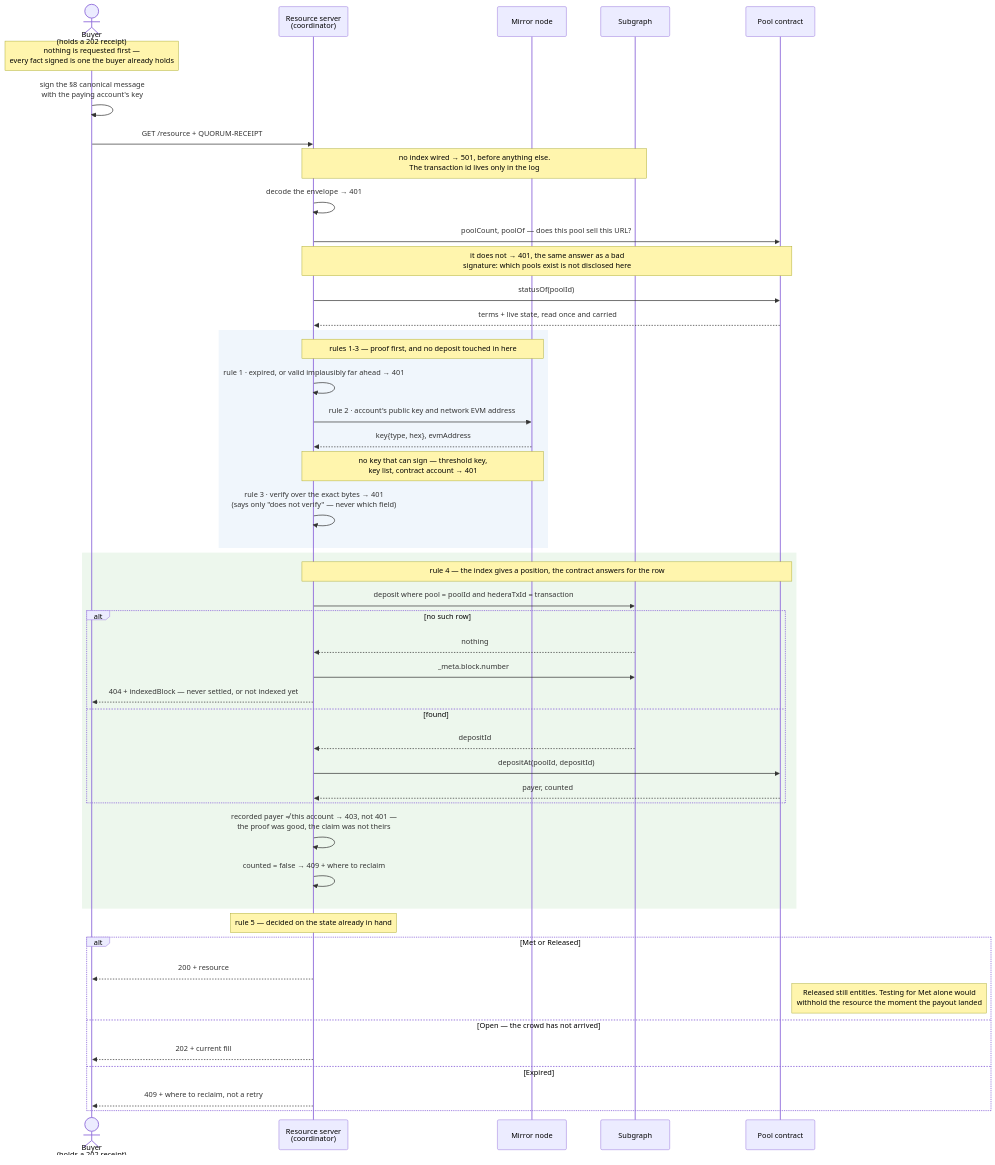
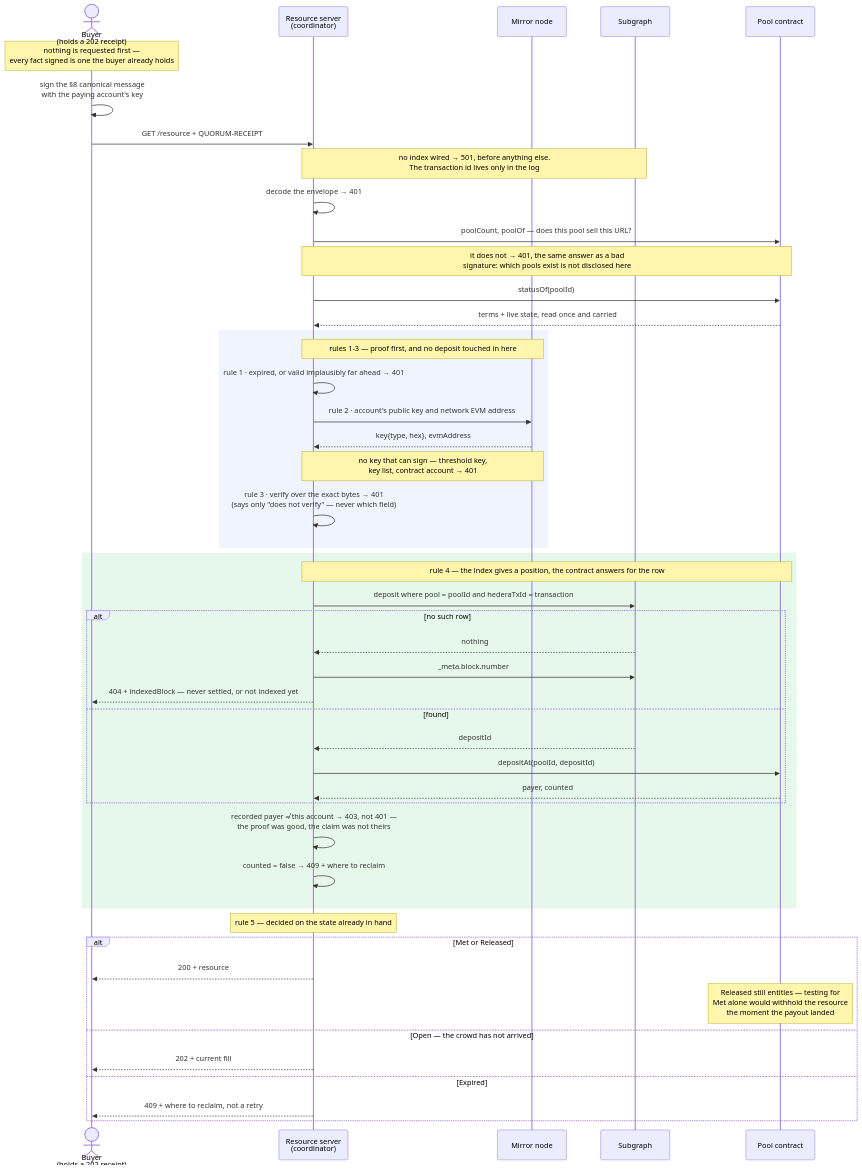
Before and after one commit to lxfoundry/quorum402: the second of 2 diagrams in specs/quorum-scheme.md, drawn with Mermaid. The commit also changed other lines of this file, not shown here.

Commit message:
spec(quorum): make the diagram bands readable in dark mode
The shaded bands were opaque near-whites - `rgb(240, 246, 252)` and friends -
chosen against a white page. Mermaid draws message text light in dark mode, so
on a dark background every message inside a band became light grey on
near-white and was effectively invisible. The bands are where the argument is,
so this hid exactly the part worth reading.

Now `rgba(...)` at 0.12-0.14. A translucent fill tints whatever is behind it
rather than replacing it, so it darkens a white page slightly and lightens a
dark one slightly, and the theme's own text colour keeps its contrast either
way. One value works in both instead of one theme's value breaking the other.

Also moves the "Released still entitles" note from `right of` the last
participant to `over` it. Anchored to the right of the rightmost lifeline it
ran to the edge of the viewport and lost its last word.

Rendered and read in both themes this time, which is what would have caught
the original: the first pass was only ever checked on white.

````diff
--- a/specs/quorum-scheme.md
+++ b/specs/quorum-scheme.md
@@ -450,54 +450,54 @@
 ```mermaid
 sequenceDiagram
     actor B as Buyer<br/>(holds a 202 receipt)
     participant RS as Resource server<br/>(coordinator)
     participant M as Mirror node
     participant G as Subgraph
     participant P as Pool contract
 
     Note over B: nothing is requested first —<br/>every fact signed is one the buyer already holds
     B->>B: sign the §8 canonical message<br/>with the paying account's key
     B->>RS: GET /resource + QUORUM-RECEIPT
 
     Note over RS,G: no index wired → 501, before anything else.<br/>The transaction id lives only in the log
     RS->>RS: decode the envelope → 401
     RS->>P: poolCount, poolOf — does this pool sell this URL?
     Note over RS,P: it does not → 401, the same answer as a bad<br/>signature: which pools exist is not disclosed here
     RS->>P: statusOf(poolId)
     P-->>RS: terms + live state, read once and carried
 
-    rect rgb(240, 246, 252)
+    rect rgba(120, 160, 255, 0.12)
         Note over RS,M: rules 1-3 — proof first, and no deposit touched in here
         RS->>RS: rule 1 · expired, or valid implausibly far ahead → 401
         RS->>M: rule 2 · account's public key and network EVM address
         M-->>RS: key{type, hex}, evmAddress
         Note over RS,M: no key that can sign — threshold key,<br/>key list, contract account → 401
         RS->>RS: rule 3 · verify over the exact bytes → 401<br/>(says only "does not verify" — never which field)
     end
 
-    rect rgb(237, 247, 237)
+    rect rgba(80, 200, 120, 0.14)
         Note over RS,P: rule 4 — the index gives a position, the contract answers for the row
         RS->>G: deposit where pool = poolId and hederaTxId = transaction
         alt no such row
             G-->>RS: nothing
             RS->>G: _meta.block.number
             RS-->>B: 404 + indexedBlock — never settled, or not indexed yet
         else found
             G-->>RS: depositId
             RS->>P: depositAt(poolId, depositId)
             P-->>RS: payer, counted
         end
         RS->>RS: recorded payer ≠ this account → 403, not 401 —<br/>the proof was good, the claim was not theirs
         RS->>RS: counted = false → 409 + where to reclaim
     end
 
     Note over RS: rule 5 — decided on the state already in hand
     alt Met or Released
         RS-->>B: 200 + resource
-        Note right of P: Released still entitles. Testing for Met alone would<br/>withhold the resource the moment the payout landed
+        Note over P: Released still entitles — testing for<br/>Met alone would withhold the resource<br/>the moment the payout landed
     else Open — the crowd has not arrived
         RS-->>B: 202 + current fill
     else Expired
         RS-->>B: 409 + where to reclaim, not a retry
     end
 ```
````
